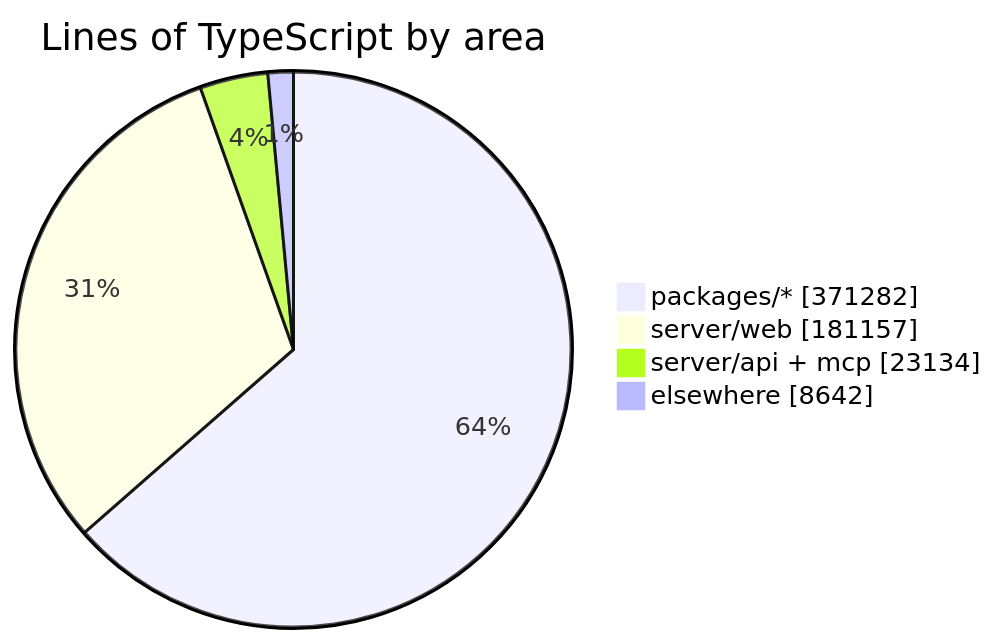
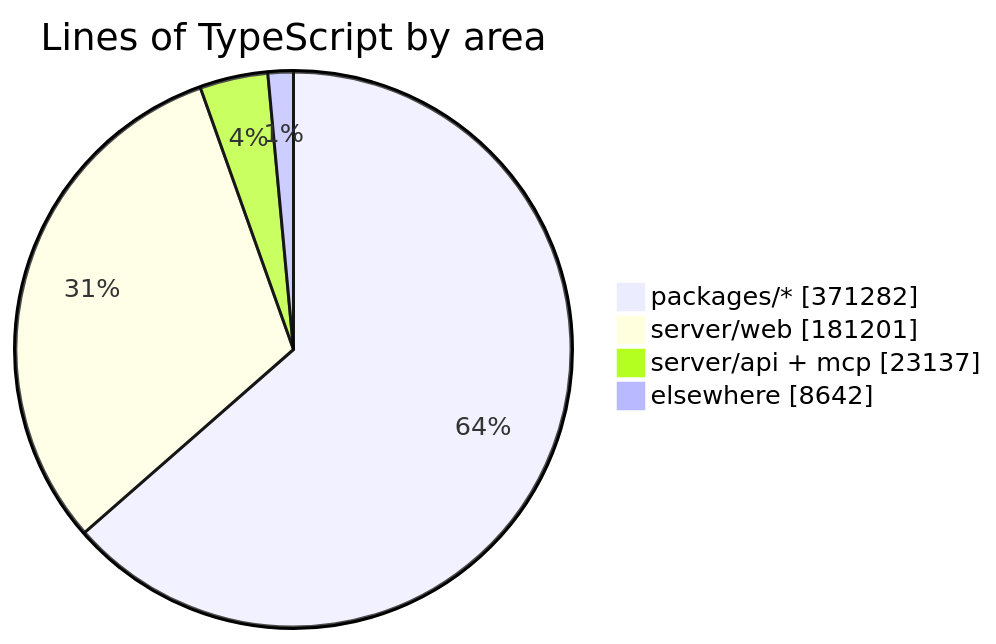
The diagram in README.md (crossworks-engineering/mantle), drawn with Mermaid before and after one commit. The commit also changed other lines of this file and 2 other files, not shown here.

````diff
--- a/README.md
+++ b/README.md
@@ -294,7 +294,7 @@
 ```mermaid
 pie showData title Lines of TypeScript by area
     "packages/*" : 371282
-    "server/web" : 181157
-    "server/api + mcp" : 23134
+    "server/web" : 181201
+    "server/api + mcp" : 23137
     "elsewhere" : 8642
 ```
````
